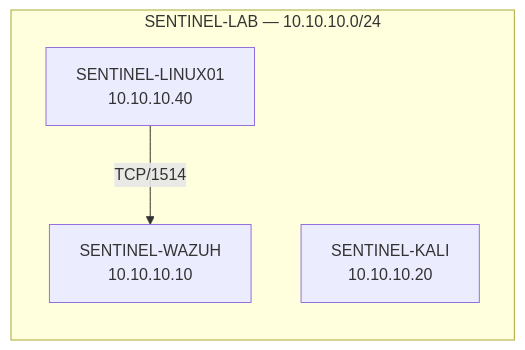
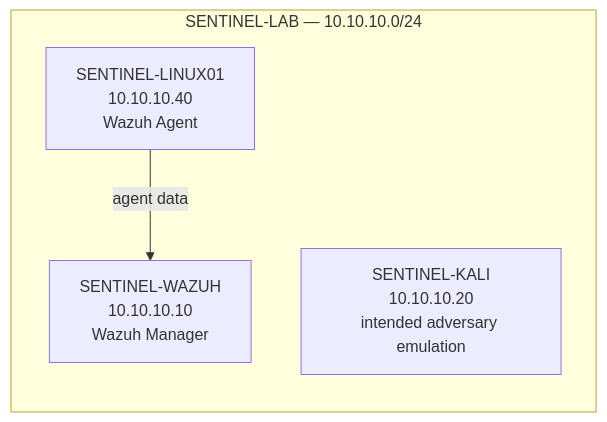
Before and after one commit to andyydz/sentinel-soc-lab: the diagram in evidence/v0.2/infrastructure-and-telemetry-foundation.md, drawn with Mermaid. The commit also changed other lines of this file, not shown here.

````diff
--- a/evidence/v0.2/infrastructure-and-telemetry-foundation.md
+++ b/evidence/v0.2/infrastructure-and-telemetry-foundation.md
@@ -45,9 +21,9 @@
 ```mermaid
 flowchart LR
     subgraph LAB["SENTINEL-LAB — 10.10.10.0/24"]
-        L["SENTINEL-LINUX01<br/>10.10.10.40"]
-        W["SENTINEL-WAZUH<br/>10.10.10.10"]
-        K["SENTINEL-KALI<br/>10.10.10.20"]
+        L["SENTINEL-LINUX01<br/>10.10.10.40<br/>Wazuh Agent"]
+        W["SENTINEL-WAZUH<br/>10.10.10.10<br/>Wazuh Manager"]
+        K["SENTINEL-KALI<br/>10.10.10.20<br/>intended adversary emulation"]
     end
-    L -->|TCP/1514| W
+    L -->|agent data| W
 ```
````
